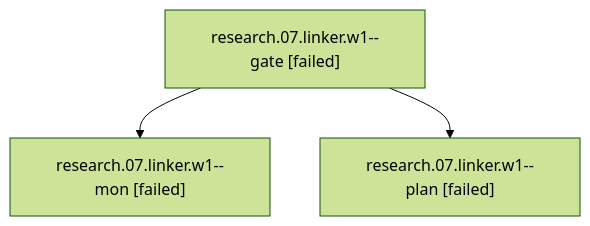
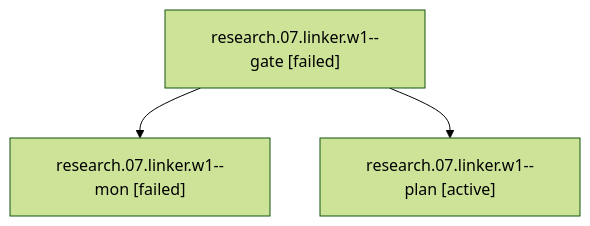
One commit to bobs-org/bob-cli--agents changed the diagram in sessions/bbugyi200.apollo.research.07.linker.w1.md. Above: the diagram before and after it, drawn with Mermaid (forest theme). The commit also changed other lines of this file and 280 other files, not shown here.

````diff
--- a/sessions/bbugyi200.apollo.research.07.linker.w1.md
+++ b/sessions/bbugyi200.apollo.research.07.linker.w1.md
@@ -9,8 +9,8 @@
 ```mermaid
 flowchart TD
   n0["research.07.linker.w1--gate [failed]"]
   n1["research.07.linker.w1--mon [failed]"]
   n0 --> n1
-  n2["research.07.linker.w1--plan [failed]"]
+  n2["research.07.linker.w1--plan [active]"]
   n0 --> n2
 ```
````
